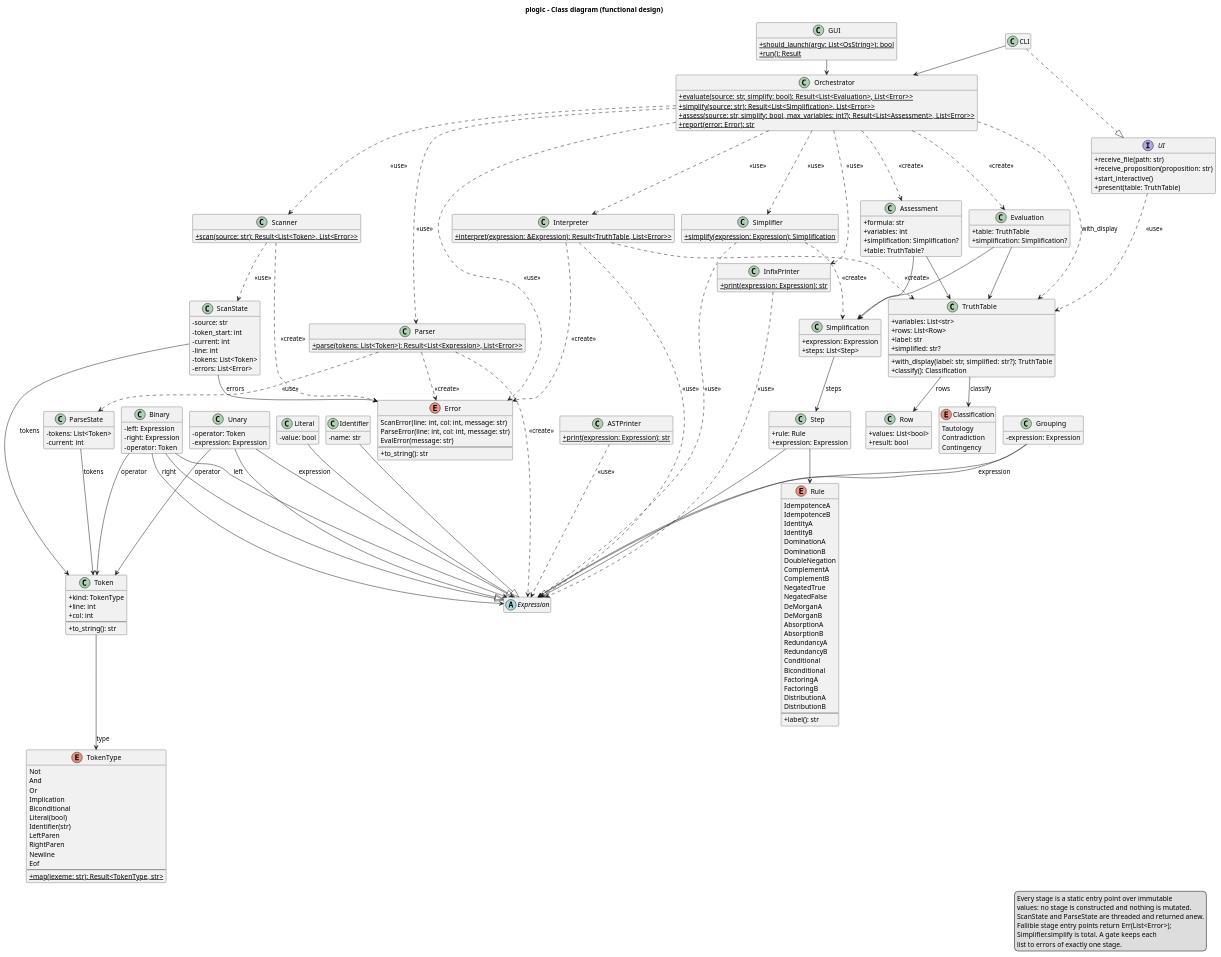
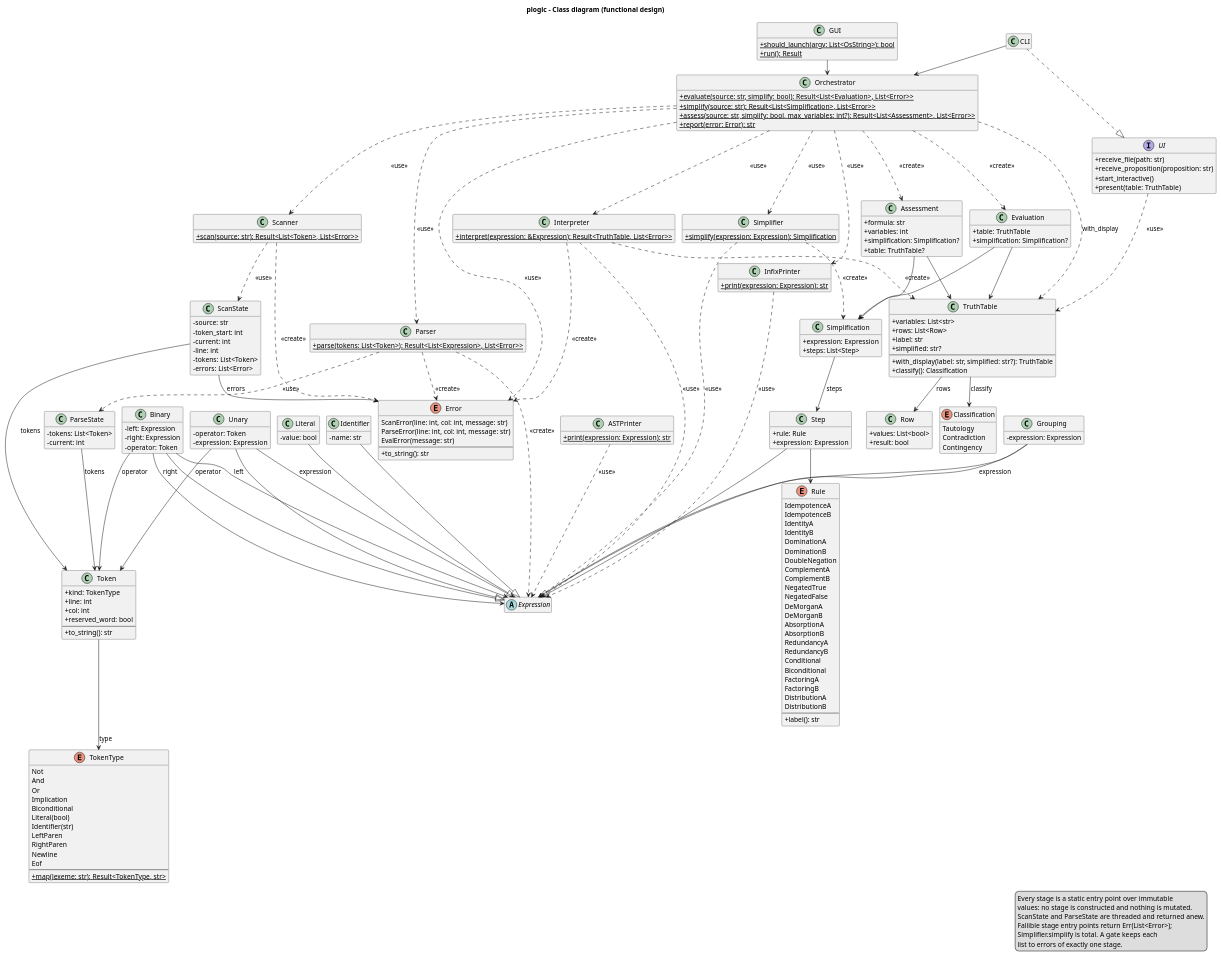
The diagram in design/diagrams/class_diagram.puml (Josgtg/plogic), drawn with PlantUML before and after one commit. The commit also changed 8 other files, not shown here.

Commit message:
design: record the reserved-word diagnostics

```diff
--- a/design/diagrams/class_diagram.puml
+++ b/design/diagrams/class_diagram.puml
@@ -59,6 +59,7 @@
   +kind: TokenType
   +line: int
   +col: int
+  +reserved_word: bool
   --
   +to_string(): str
 }
```
